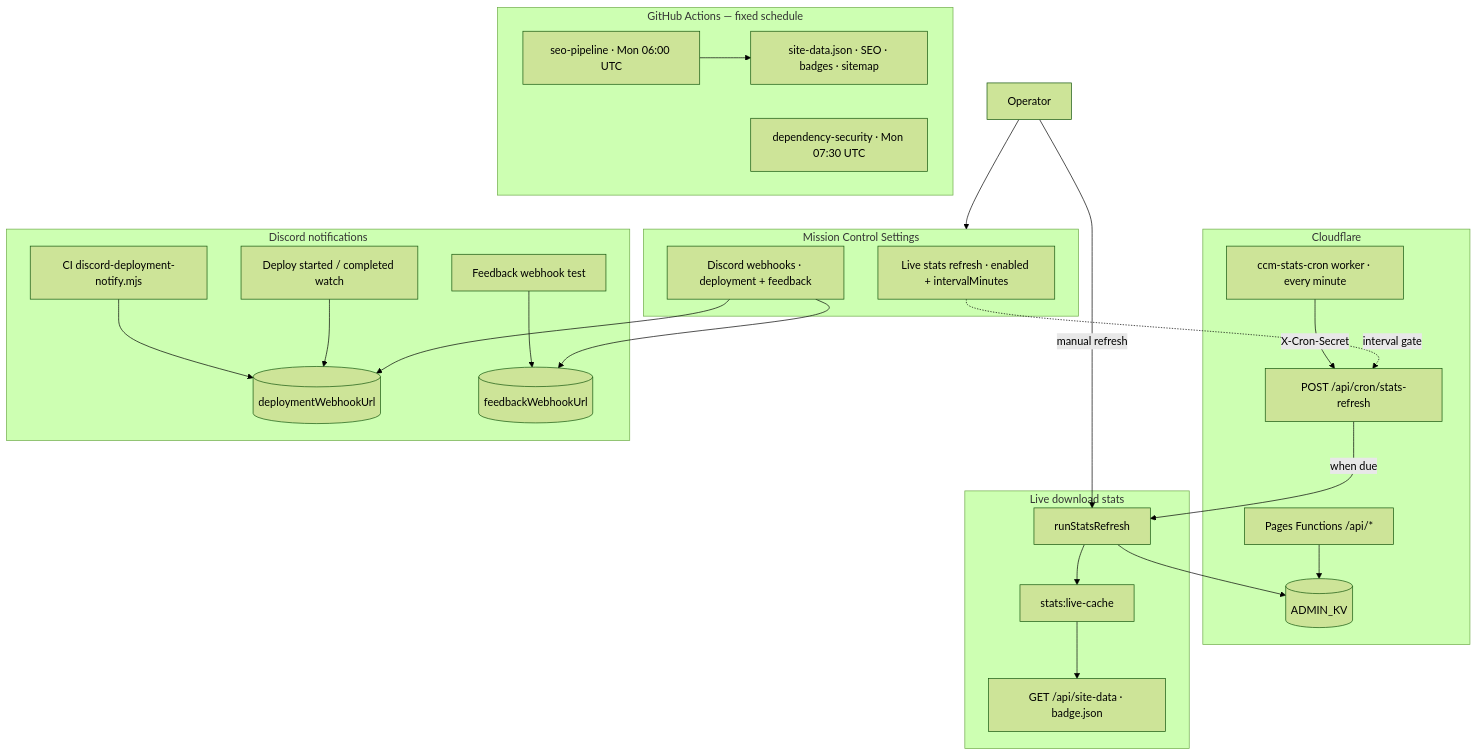
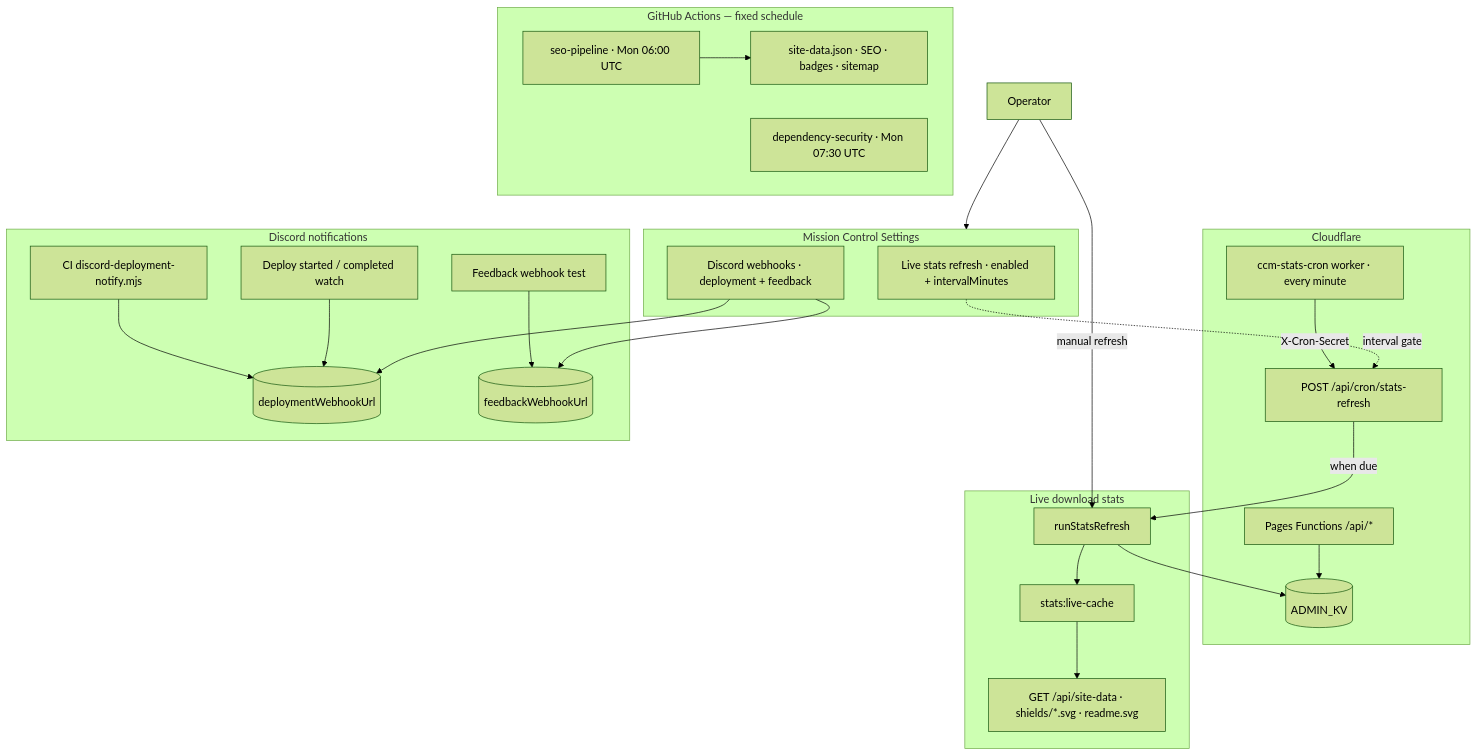
The second of 2 diagrams in README.md (Maijied/Cursor-Curse-Monitor-by-Lorapok), drawn with Mermaid (forest theme) before and after one commit. The commit also changed other lines of this file and 11 other files, not shown here.

First line of the commit message:
feat(stats): serve live README badges and chart from Mission Control

````diff
--- a/README.md
+++ b/README.md
@@ -95,51 +95,51 @@
 ```mermaid
 flowchart TB
   subgraph settings["Mission Control Settings"]
     StatsCfg["Live stats refresh · enabled + intervalMinutes"]
     DiscordCfg["Discord webhooks · deployment + feedback"]
   end
 
   subgraph gh["GitHub Actions — fixed schedule"]
     SEO["seo-pipeline · Mon 06:00 UTC"]
     DepSec["dependency-security · Mon 07:30 UTC"]
     SEO --> Artifacts["site-data.json · SEO · badges · sitemap"]
   end
 
   subgraph cf["Cloudflare"]
     Worker["ccm-stats-cron worker · every minute"]
     CronAPI["POST /api/cron/stats-refresh"]
     KV[("ADMIN_KV")]
     Pages["Pages Functions /api/*"]
   end
 
   subgraph stats["Live download stats"]
     Refresh["runStatsRefresh"]
     Cache["stats:live-cache"]
-    Public["GET /api/site-data · badge.json"]
+    Public["GET /api/site-data · shields/*.svg · readme.svg"]
   end
 
   subgraph discord["Discord notifications"]
     DeployEvt["Deploy started / completed watch"]
     CINotify["CI discord-deployment-notify.mjs"]
     Feedback["Feedback webhook test"]
     Webhook[("deploymentWebhookUrl")]
     FeedbackHook[("feedbackWebhookUrl")]
   end
 
   StatsCfg -.->|interval gate| CronAPI
   DiscordCfg --> Webhook
   DiscordCfg --> FeedbackHook
   Worker -->|X-Cron-Secret| CronAPI
   CronAPI -->|when due| Refresh
   Refresh --> KV
   Refresh --> Cache
   Cache --> Public
   Pages --> KV
 
   DeployEvt --> Webhook
   CINotify --> Webhook
   Feedback --> FeedbackHook
 
   MC["Operator"] --> settings
   MC -->|manual refresh| Refresh
 ```
````
